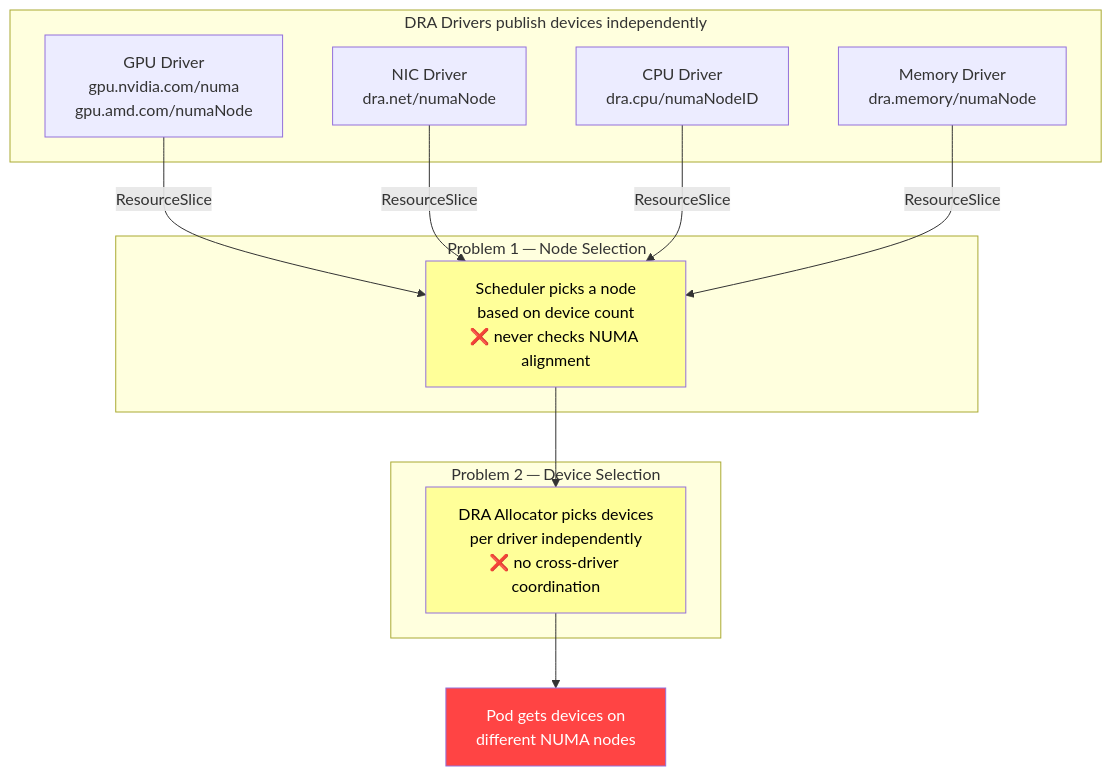
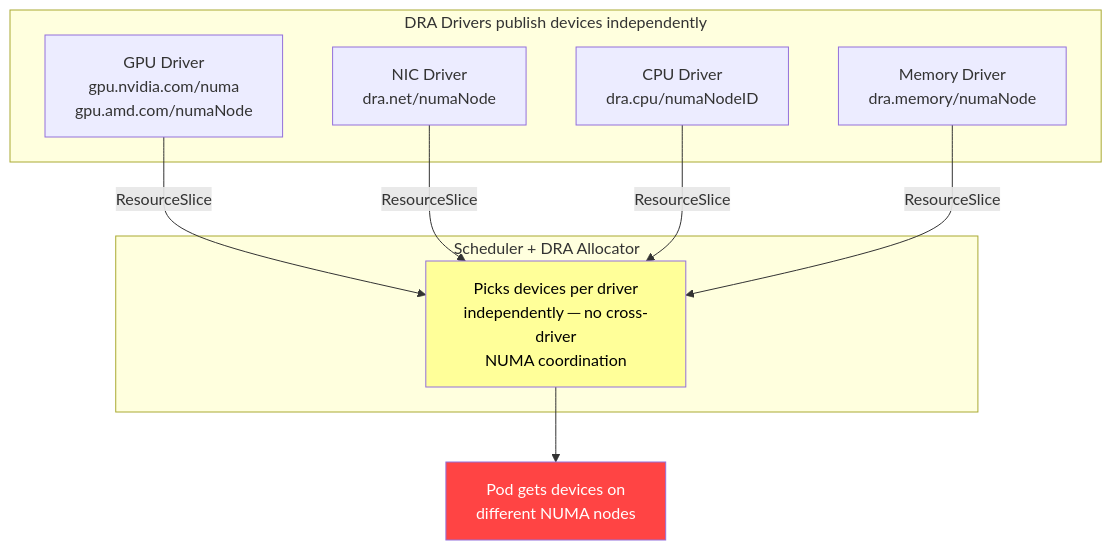
Before and after one commit to johnahull/dra-topology-aware-co-placement: the first of 3 diagrams in README.md, drawn with Mermaid. The commit also changed other lines of this file, not shown here.

First line of the commit message:
Update proposal with Fabien's feedback and NUMA Resources Operator context

````diff
--- a/README.md
+++ b/README.md
@@ -41,30 +64,23 @@
 ```mermaid
 graph TB
     subgraph "DRA Drivers publish devices independently"
         GPU["GPU Driver<br/>gpu.nvidia.com/numa<br/>gpu.amd.com/numaNode"]
         NIC["NIC Driver<br/>dra.net/numaNode"]
         CPU["CPU Driver<br/>dra.cpu/numaNodeID"]
         MEM["Memory Driver<br/>dra.memory/numaNode"]
     end
 
-    GPU -->|"ResourceSlice"| SCHED
-    NIC -->|"ResourceSlice"| SCHED
-    CPU -->|"ResourceSlice"| SCHED
-    MEM -->|"ResourceSlice"| SCHED
+    GPU -->|"ResourceSlice"| ALLOC
+    NIC -->|"ResourceSlice"| ALLOC
+    CPU -->|"ResourceSlice"| ALLOC
+    MEM -->|"ResourceSlice"| ALLOC
 
-    subgraph "Problem 1 ─ Node Selection"
-        SCHED["Scheduler picks a node<br/>based on device count<br/>❌ never checks NUMA alignment"]
-    end
-
-    SCHED --> ALLOC
-
-    subgraph "Problem 2 ─ Device Selection"
-        ALLOC["DRA Allocator picks devices<br/>per driver independently<br/>❌ no cross-driver coordination"]
+    subgraph "Scheduler + DRA Allocator"
+        ALLOC["Picks devices per driver<br/>independently ─ no cross-driver<br/>NUMA coordination"]
     end
 
     ALLOC --> POD["Pod gets devices on<br/>different NUMA nodes"]
 
     style POD fill:#f44,color:#fff
-    style SCHED fill:#ff9,color:#000
     style ALLOC fill:#ff9,color:#000
 ```
````
